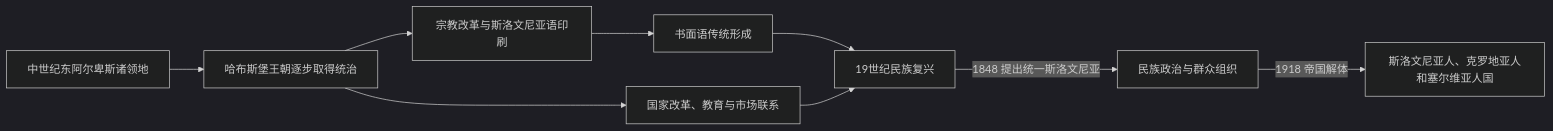
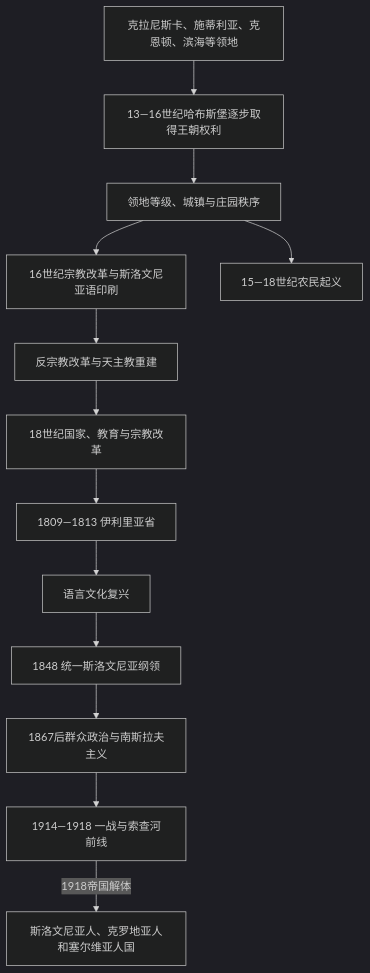
One commit to tianlan-dev/learning-notes changed the diagram in 人文科学/历史/欧洲/东南欧与巴尔干/斯洛文尼亚/哈布斯堡统治与斯洛文尼亚民族形成.md. Above: the diagram before and after it, drawn with Mermaid (dark theme). The commit also changed other lines of this file and 1417 other files, not shown here.

````diff
--- a/人文科学/历史/欧洲/东南欧与巴尔干/斯洛文尼亚/哈布斯堡统治与斯洛文尼亚民族形成.md
+++ b/人文科学/历史/欧洲/东南欧与巴尔干/斯洛文尼亚/哈布斯堡统治与斯洛文尼亚民族形成.md
@@ -15,11 +17,15 @@
 ```mermaid
-flowchart LR
-    Lands["中世纪东阿尔卑斯诸领地"] --> Habsburg["哈布斯堡王朝逐步取得统治"]
-    Habsburg --> Reformation["宗教改革与斯洛文尼亚语印刷"]
-    Reformation --> Standard["书面语传统形成"]
-    Habsburg --> Reforms["国家改革、教育与市场联系"]
-    Standard --> National["19世纪民族复兴"]
-    Reforms --> National
-    National -->|"1848 提出统一斯洛文尼亚"| Politics["民族政治与群众组织"]
-    Politics -->|"1918 帝国解体"| StateSHS["斯洛文尼亚人、克罗地亚人和塞尔维亚人国"]
+flowchart TD
+    Lands["克拉尼斯卡、施蒂利亚、克恩顿、滨海等领地"] --> Habsburg["13—16世纪哈布斯堡逐步取得王朝权利"]
+    Habsburg --> Estates["领地等级、城镇与庄园秩序"]
+    Estates --> Reformation["16世纪宗教改革与斯洛文尼亚语印刷"]
+    Reformation --> Counter["反宗教改革与天主教重建"]
+    Estates --> Revolts["15—18世纪农民起义"]
+    Counter --> Reforms["18世纪国家、教育与宗教改革"]
+    Reforms --> Illyrian["1809—1813 伊利里亚省"]
+    Illyrian --> Revival["语言文化复兴"]
+    Revival --> United["1848 统一斯洛文尼亚纲领"]
+    United --> Parties["1867后群众政治与南斯拉夫主义"]
+    Parties --> War["1914—1918 一战与索查河前线"]
+    War -->|1918帝国解体| StateSHS["斯洛文尼亚人、克罗地亚人和塞尔维亚人国"]
 ```
````
